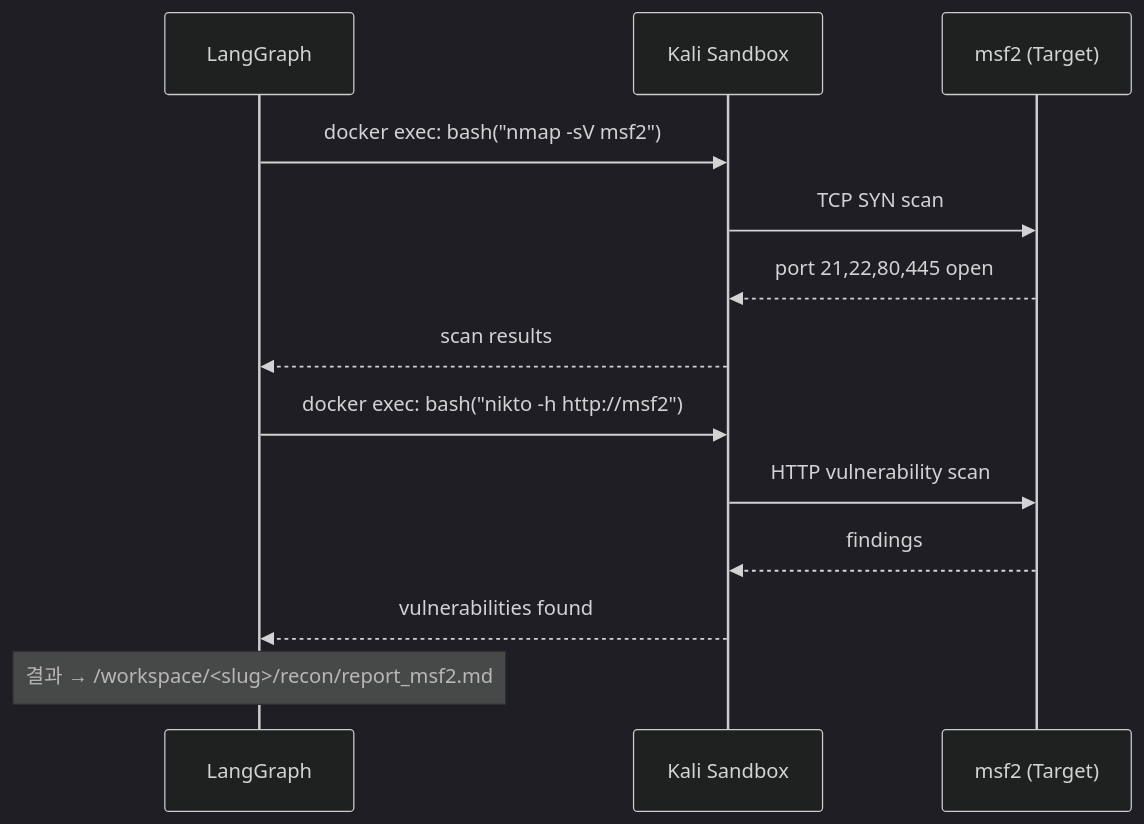
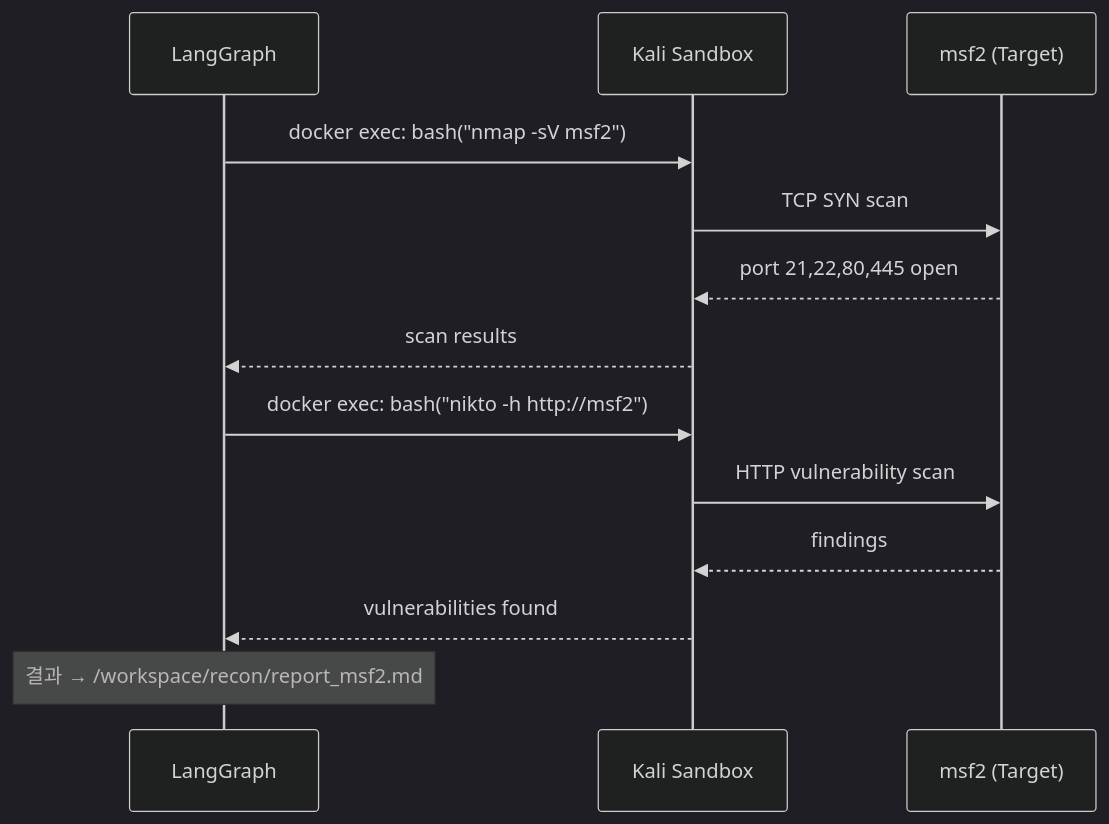
The sixth of 12 diagrams in docs/architecture/red-team-infrastructure.md (musicsms/decepticon), drawn with Mermaid (dark theme) before and after one commit. The commit also changed other lines of this file and 57 other files, not shown here.

````diff
--- a/docs/architecture/red-team-infrastructure.md
+++ b/docs/architecture/red-team-infrastructure.md
@@ -308,18 +308,18 @@
 ```mermaid
 sequenceDiagram
     participant LG as LangGraph
     participant K as Kali Sandbox
     participant T as msf2 (Target)
 
     LG->>K: docker exec: bash("nmap -sV msf2")
     K->>T: TCP SYN scan
     T-->>K: port 21,22,80,445 open
     K-->>LG: scan results
 
     LG->>K: docker exec: bash("nikto -h http://msf2")
     K->>T: HTTP vulnerability scan
     T-->>K: findings
     K-->>LG: vulnerabilities found
 
-    Note over LG: 결과 → /workspace/<slug>/recon/report_msf2.md
+    Note over LG: 결과 → /workspace/recon/report_msf2.md
 ```
````
